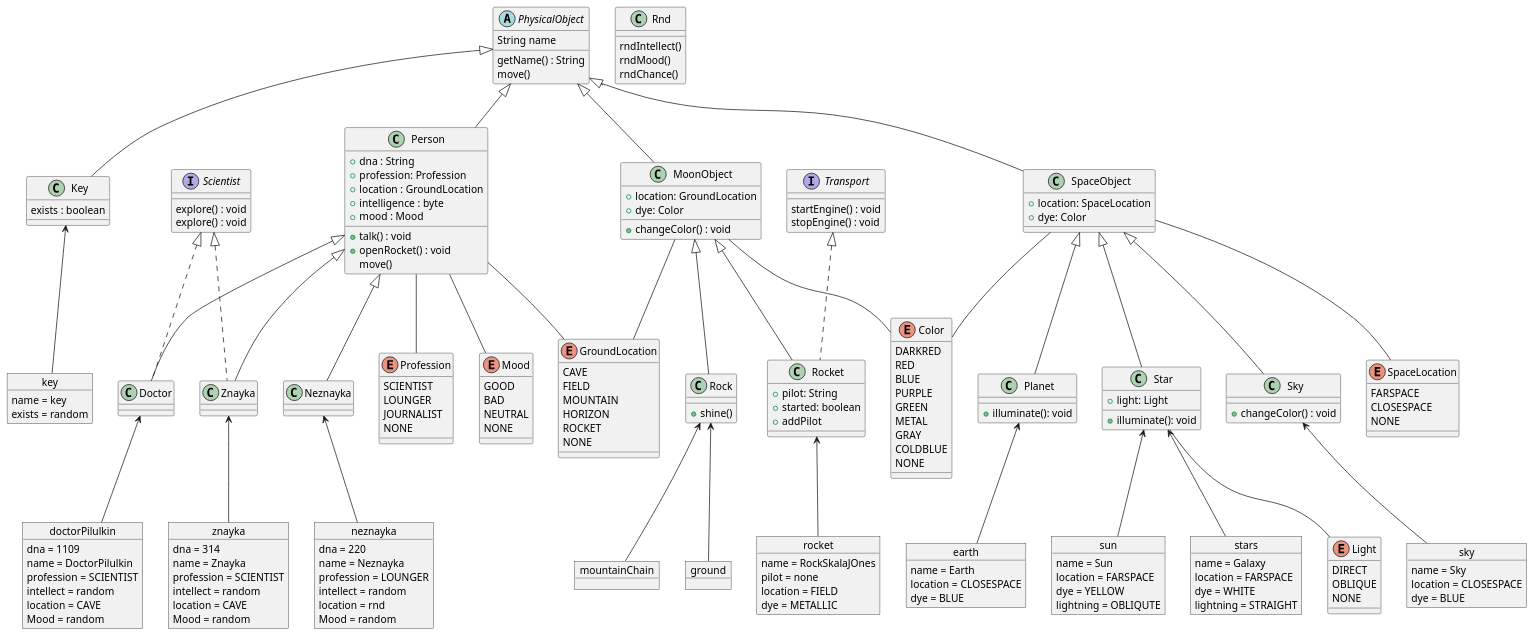
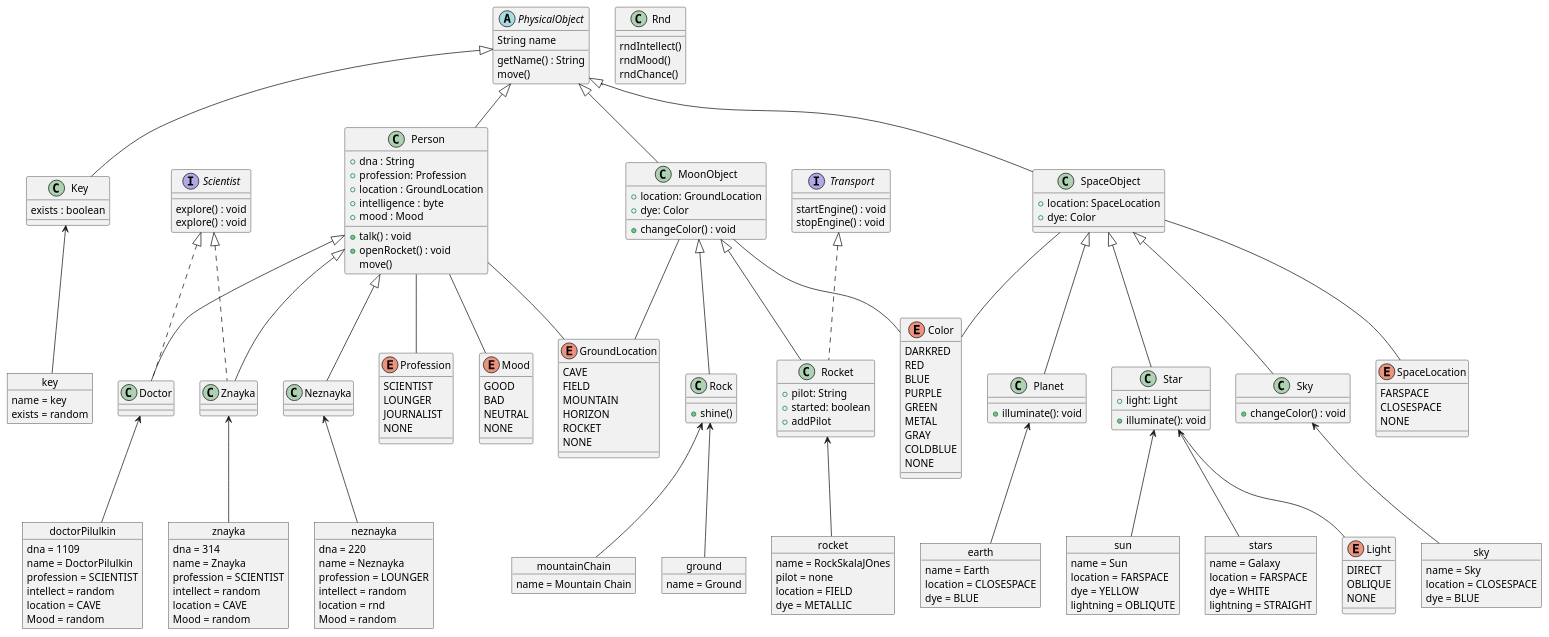
One commit to tr-osfh/lab3Attempt2 changed the diagram in uml.puml. Above: the diagram before and after it, drawn with PlantUML. The commit also changed 1 other file, not shown here.

Commit message:
Перелопатил uml

```diff
--- a/uml.puml
+++ b/uml.puml
@@ -123,8 +123,13 @@
 location = FIELD
 dye = METALLIC
 }
-object mountainChain
-object ground
+object mountainChain{
+name = Mountain Chain
+}
+
+object ground{
+name = Ground
+}
 object earth{
 name = Earth
 location = CLOSESPACE
```
